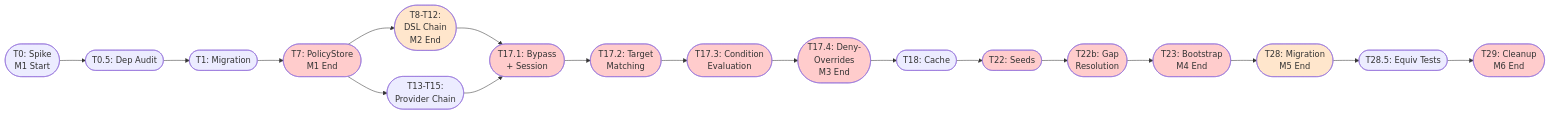
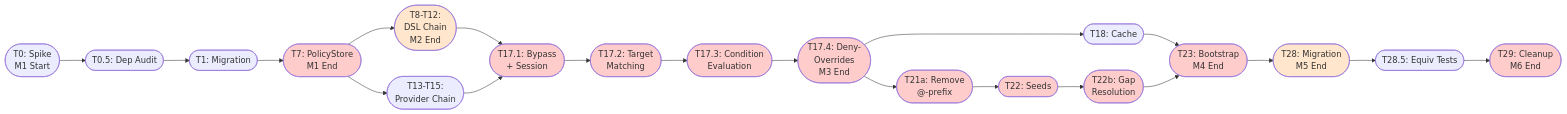
Before and after one commit to holomush/holomush: the first of 2 diagrams in docs/plans/2026-02-06-full-abac-implementation.md, drawn with Mermaid. The commit also changed other lines of this file and 1 other file, not shown here.

Commit message:
fix(plans): fix PolicyCache Start() signature and add T21a to critical path
Bug I2: PolicyCache.Start() now accepts connStr string instead of
*pgxpool.Pool, since LISTEN/NOTIFY requires a dedicated persistent
connection via pgx.Connect(ctx, connStr), not a pooled connection.

Bug I4: Added T21a (@-prefix removal) to critical path diagram,
showing T21a→T22→T22b→T23 path alongside T18→T23. Added note about
T21a being available for early independent PR to reduce risk.

````diff
--- a/docs/plans/2026-02-06-full-abac-implementation.md
+++ b/docs/plans/2026-02-06-full-abac-implementation.md
@@ -105,35 +105,38 @@
 ```mermaid
 graph LR
     T0([T0: Spike<br/>M1 Start]) --> T0_5([T0.5: Dep Audit])
     T0_5 --> T1([T1: Migration])
     T1 --> T7([T7: PolicyStore<br/>M1 End])
 
     T7 --> T8_12([T8-T12:<br/>DSL Chain<br/>M2 End])
     T7 --> T13_15([T13-T15:<br/>Provider Chain])
 
     T8_12 --> T17_1([T17.1: Bypass<br/>+ Session])
     T13_15 --> T17_1
     T17_1 --> T17_2([T17.2: Target<br/>Matching])
     T17_2 --> T17_3([T17.3: Condition<br/>Evaluation])
     T17_3 --> T17_4([T17.4: Deny-<br/>Overrides<br/>M3 End])
 
     T17_4 --> T18([T18: Cache])
-    T18 --> T22([T22: Seeds])
+    T17_4 --> T21a([T21a: Remove<br/>@-prefix])
+    T18 --> T23([T23: Bootstrap<br/>M4 End])
+    T21a --> T22([T22: Seeds])
     T22 --> T22b([T22b: Gap<br/>Resolution])
-    T22b --> T23([T23: Bootstrap<br/>M4 End])
+    T22b --> T23
     T23 --> T28([T28: Migration<br/>M5 End])
     T28 --> T28_5([T28.5: Equiv Tests])
     T28_5 --> T29([T29: Cleanup<br/>M6 End])
 
     style T7 fill:#ffcccc
     style T8_12 fill:#ffe6cc
     style T17_1 fill:#ffcccc
     style T17_2 fill:#ffcccc
     style T17_3 fill:#ffcccc
     style T17_4 fill:#ffcccc
+    style T21a fill:#ffcccc
     style T22 fill:#ffcccc
     style T22b fill:#ffcccc
     style T23 fill:#ffcccc
     style T28 fill:#ffe6cc
     style T29 fill:#ffcccc
 ```
````
